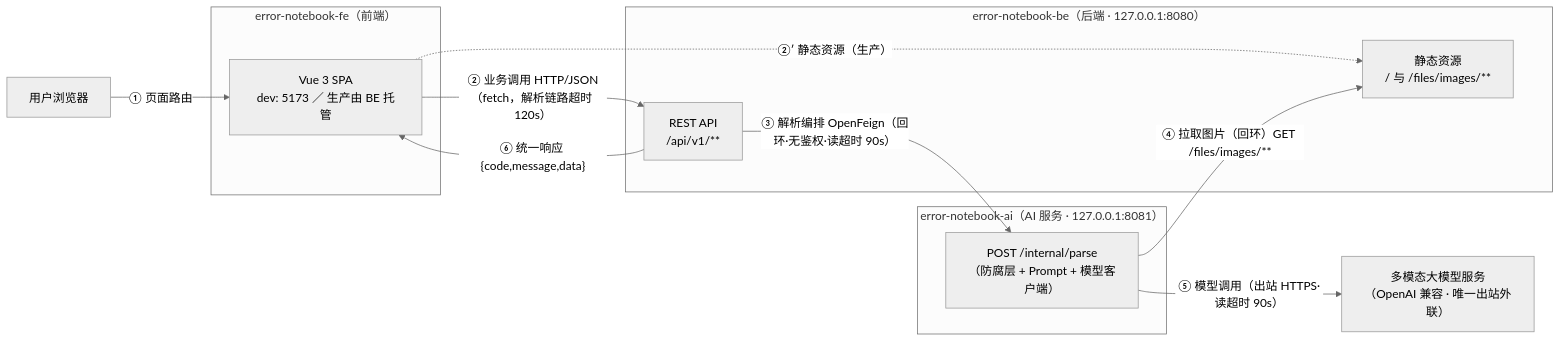
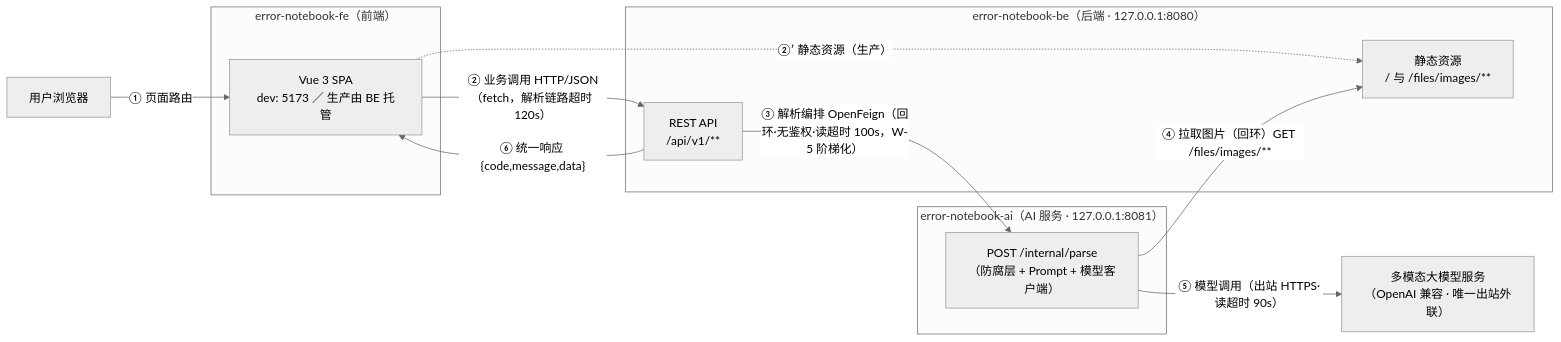
Before and after one commit to chandler4/pro_error_notebook: the second of 3 diagrams in spec/architecture.md, drawn with Mermaid (neutral theme). The commit also changed other lines of this file and 4 other files, not shown here.

````diff
--- a/spec/architecture.md
+++ b/spec/architecture.md
@@ -88,23 +89,23 @@
 ```mermaid
 graph LR
     U["用户浏览器"]
     subgraph FE["error-notebook-fe（前端）"]
         F1["Vue 3 SPA<br/>dev: 5173 ／ 生产由 BE 托管"]
     end
     subgraph BE["error-notebook-be（后端 · 127.0.0.1:8080）"]
         B1["REST API<br/>/api/v1/**"]
         B2["静态资源<br/>/ 与 /files/images/**"]
     end
     subgraph AIS["error-notebook-ai（AI 服务 · 127.0.0.1:8081）"]
         A1["POST /internal/parse<br/>（防腐层 + Prompt + 模型客户端）"]
     end
     LLM["多模态大模型服务<br/>（OpenAI 兼容 · 唯一出站外联）"]
 
     U -->|"① 页面路由"| F1
     F1 -->|"② 业务调用 HTTP/JSON（fetch，解析链路超时 120s）"| B1
     F1 -.->|"②′ 静态资源（生产）"| B2
-    B1 -->|"③ 解析编排 OpenFeign（回环·无鉴权·读超时 90s）"| A1
+    B1 -->|"③ 解析编排 OpenFeign（回环·无鉴权·读超时 100s，W-5 阶梯化）"| A1
     A1 -->|"④ 拉取图片（回环）GET /files/images/**"| B2
     A1 -->|"⑤ 模型调用（出站 HTTPS·读超时 90s）"| LLM
     B1 -->|"⑥ 统一响应 {code,message,data}"| F1
 ```
````
